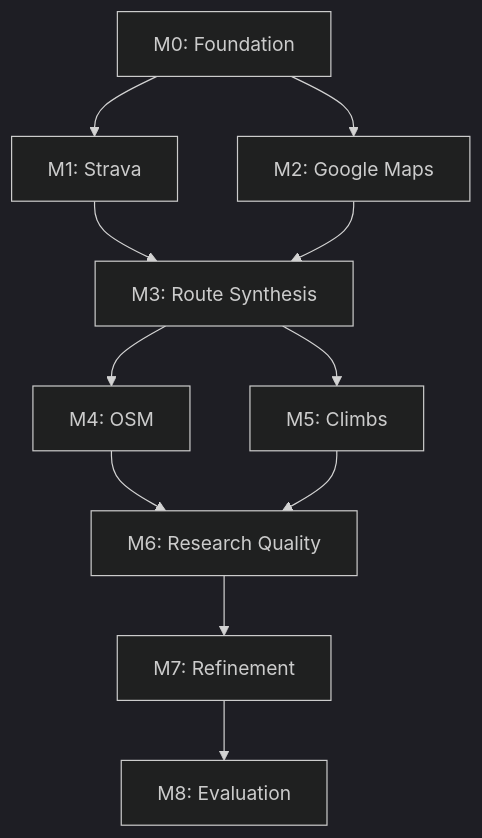
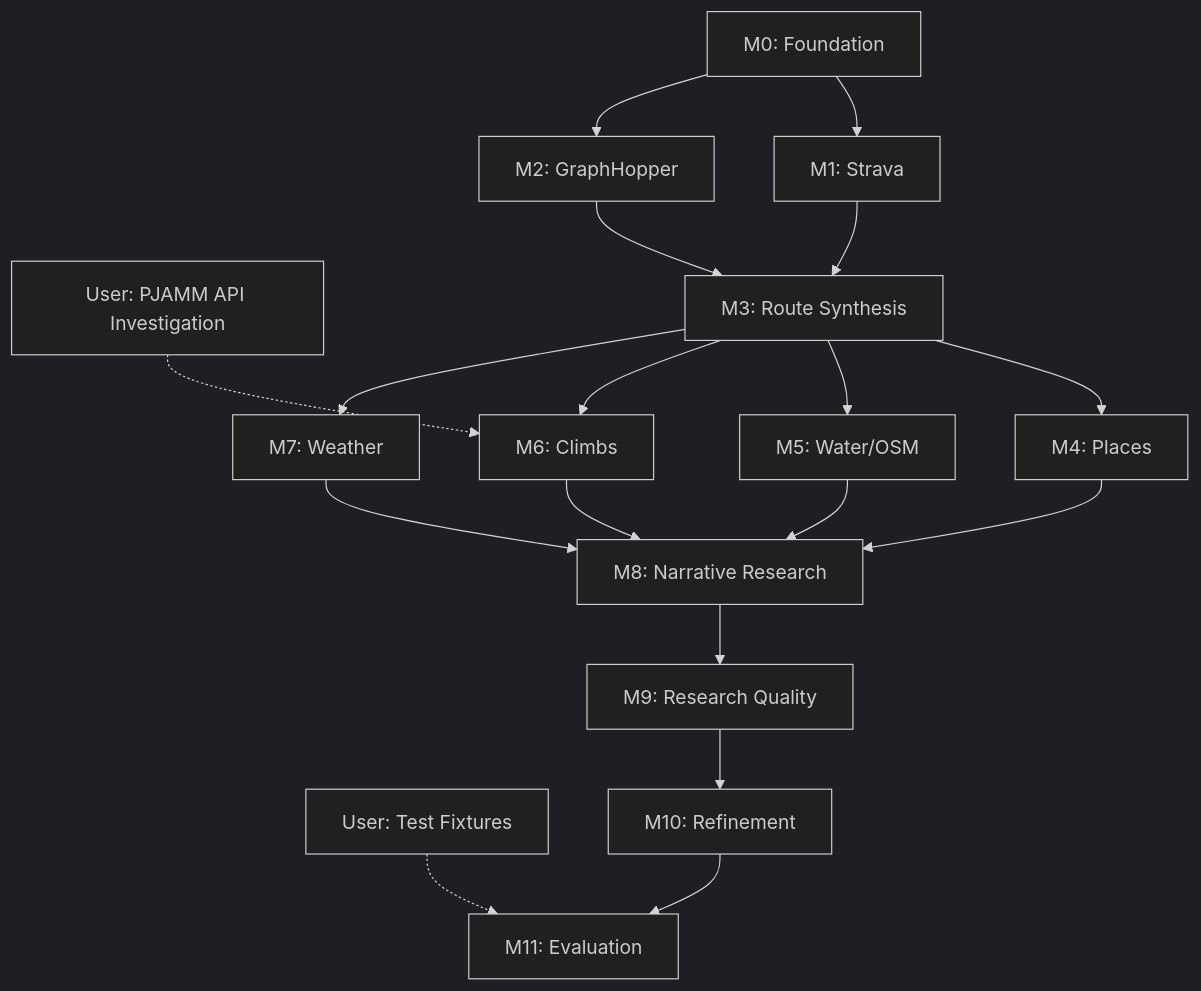
The diagram in docs/milestones.md (bendrucker/route-agent), drawn with Mermaid (dark theme) before and after one commit. The commit also changed other lines of this file and 1 other file, not shown here.

First line of the commit message:
Major architecture update: orchestration, skills, milestones

````diff
--- a/docs/milestones.md
+++ b/docs/milestones.md
@@ -143,13 +215,25 @@
 ```mermaid
 graph TD
+    U1[User: Test Fixtures] -.-> M11
+    U2[User: PJAMM API Investigation] -.-> M6
+
     M0[M0: Foundation] --> M1[M1: Strava]
-    M0 --> M2[M2: Google Maps]
+    M0 --> M2[M2: GraphHopper]
+
     M1 --> M3[M3: Route Synthesis]
     M2 --> M3
-    M3 --> M4[M4: OSM]
-    M3 --> M5[M5: Climbs]
-    M4 --> M6[M6: Research Quality]
-    M5 --> M6
-    M6 --> M7[M7: Refinement]
-    M7 --> M8[M8: Evaluation]
+
+    M3 --> M4[M4: Places]
+    M3 --> M5[M5: Water/OSM]
+    M3 --> M6[M6: Climbs]
+    M3 --> M7[M7: Weather]
+
+    M4 --> M8[M8: Narrative Research]
+    M5 --> M8
+    M6 --> M8
+    M7 --> M8
+
+    M8 --> M9[M9: Research Quality]
+    M9 --> M10[M10: Refinement]
+    M10 --> M11[M11: Evaluation]
 ```
````
